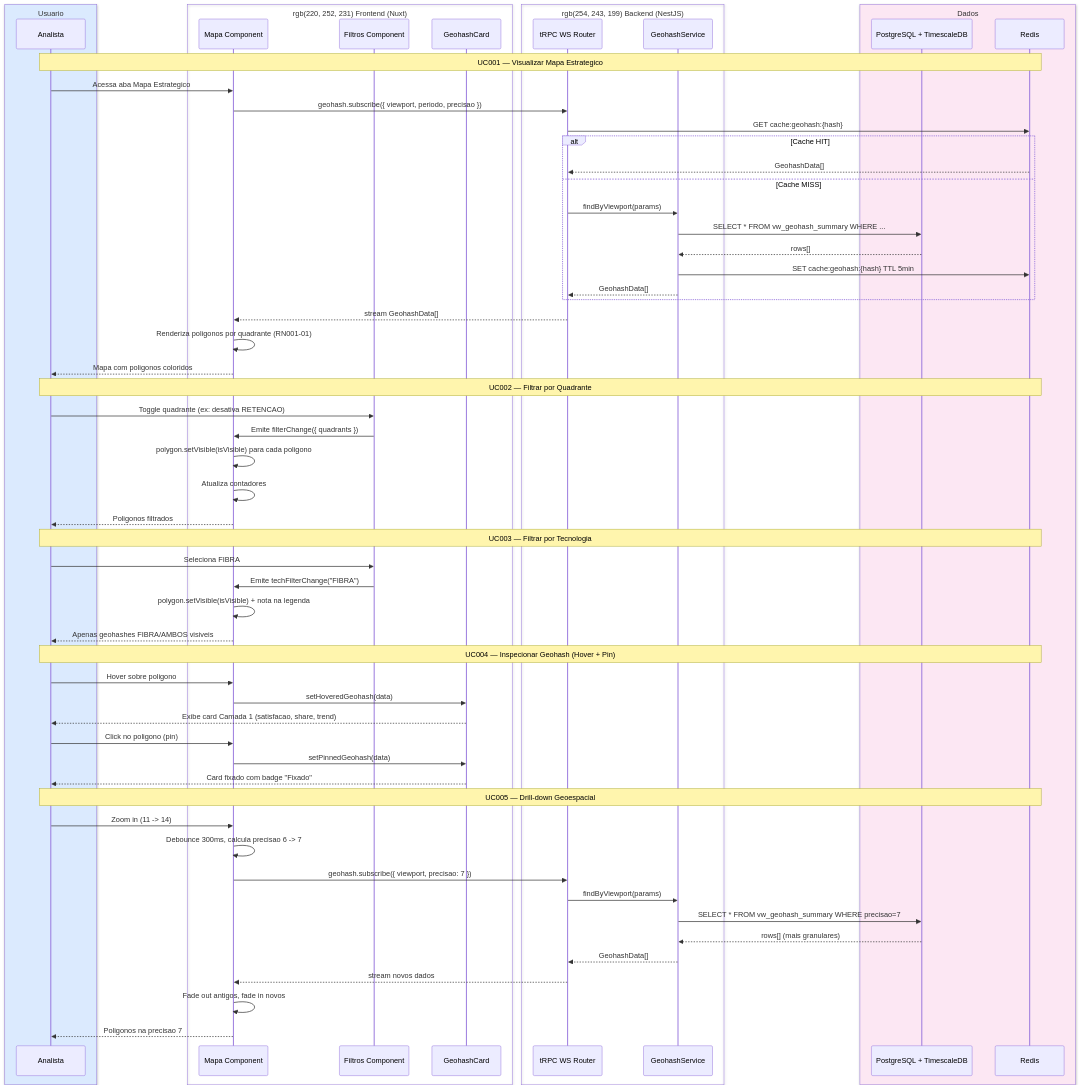
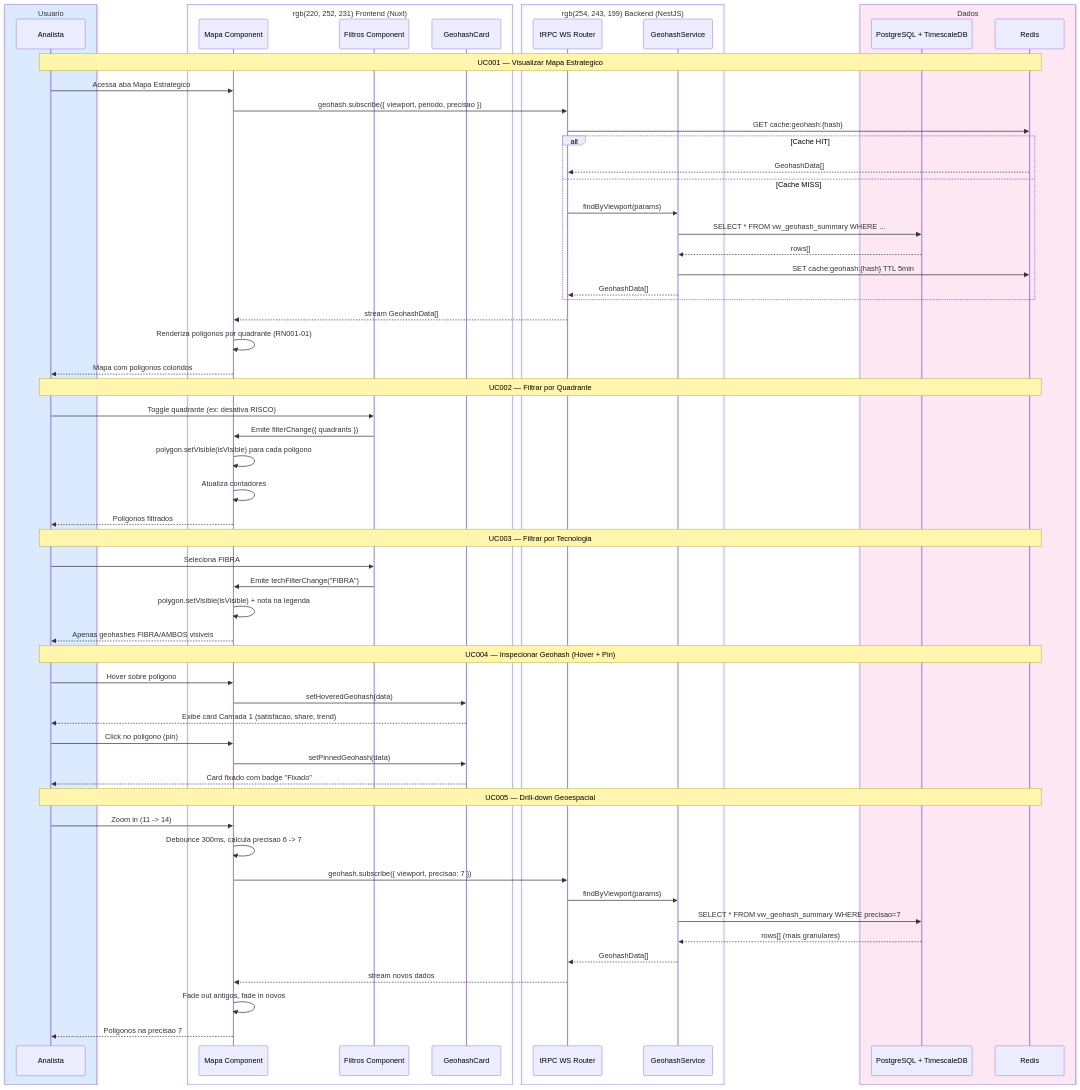
Before and after one commit to zooxsmart-ailabs/vivo: the diagram in docs/use-cases/diagrams/SD001-navegacao-mapa.md, drawn with Mermaid. The commit also changed 36 other files, not shown here.

````diff
--- a/docs/use-cases/diagrams/SD001-navegacao-mapa.md
+++ b/docs/use-cases/diagrams/SD001-navegacao-mapa.md
@@ -9,74 +9,74 @@
 ```mermaid
 sequenceDiagram
     box rgb(219, 234, 254) Usuario
         participant U as Analista
     end
     box rgb(220, 252, 231) Frontend (Nuxt)
         participant MAP as Mapa Component
         participant FILT as Filtros Component
         participant CARD as GeohashCard
     end
     box rgb(254, 243, 199) Backend (NestJS)
         participant WS as tRPC WS Router
         participant SVC as GeohashService
     end
     box rgb(252, 231, 243) Dados
         participant DB as PostgreSQL + TimescaleDB
         participant CACHE as Redis
     end
 
     Note over U,CACHE: UC001 — Visualizar Mapa Estrategico
 
     U->>MAP: Acessa aba Mapa Estrategico
     MAP->>WS: geohash.subscribe({ viewport, periodo, precisao })
     WS->>CACHE: GET cache:geohash:{hash}
     alt Cache HIT
         CACHE-->>WS: GeohashData[]
     else Cache MISS
         WS->>SVC: findByViewport(params)
         SVC->>DB: SELECT * FROM vw_geohash_summary WHERE ...
         DB-->>SVC: rows[]
         SVC->>CACHE: SET cache:geohash:{hash} TTL 5min
         SVC-->>WS: GeohashData[]
     end
     WS-->>MAP: stream GeohashData[]
     MAP->>MAP: Renderiza poligonos por quadrante (RN001-01)
     MAP-->>U: Mapa com poligonos coloridos
 
     Note over U,CACHE: UC002 — Filtrar por Quadrante
 
-    U->>FILT: Toggle quadrante (ex: desativa RETENCAO)
+    U->>FILT: Toggle quadrante (ex: desativa RISCO)
     FILT->>MAP: Emite filterChange({ quadrants })
     MAP->>MAP: polygon.setVisible(isVisible) para cada poligono
     MAP->>MAP: Atualiza contadores
     MAP-->>U: Poligonos filtrados
 
     Note over U,CACHE: UC003 — Filtrar por Tecnologia
 
     U->>FILT: Seleciona FIBRA
     FILT->>MAP: Emite techFilterChange("FIBRA")
     MAP->>MAP: polygon.setVisible(isVisible) + nota na legenda
     MAP-->>U: Apenas geohashes FIBRA/AMBOS visiveis
 
     Note over U,CACHE: UC004 — Inspecionar Geohash (Hover + Pin)
 
     U->>MAP: Hover sobre poligono
     MAP->>CARD: setHoveredGeohash(data)
     CARD-->>U: Exibe card Camada 1 (satisfacao, share, trend)
     U->>MAP: Click no poligono (pin)
     MAP->>CARD: setPinnedGeohash(data)
     CARD-->>U: Card fixado com badge "Fixado"
 
     Note over U,CACHE: UC005 — Drill-down Geoespacial
 
     U->>MAP: Zoom in (11 -> 14)
     MAP->>MAP: Debounce 300ms, calcula precisao 6 -> 7
     MAP->>WS: geohash.subscribe({ viewport, precisao: 7 })
     WS->>SVC: findByViewport(params)
     SVC->>DB: SELECT * FROM vw_geohash_summary WHERE precisao=7
     DB-->>SVC: rows[] (mais granulares)
     SVC-->>WS: GeohashData[]
     WS-->>MAP: stream novos dados
     MAP->>MAP: Fade out antigos, fade in novos
     MAP-->>U: Poligonos na precisao 7
 ```
````
